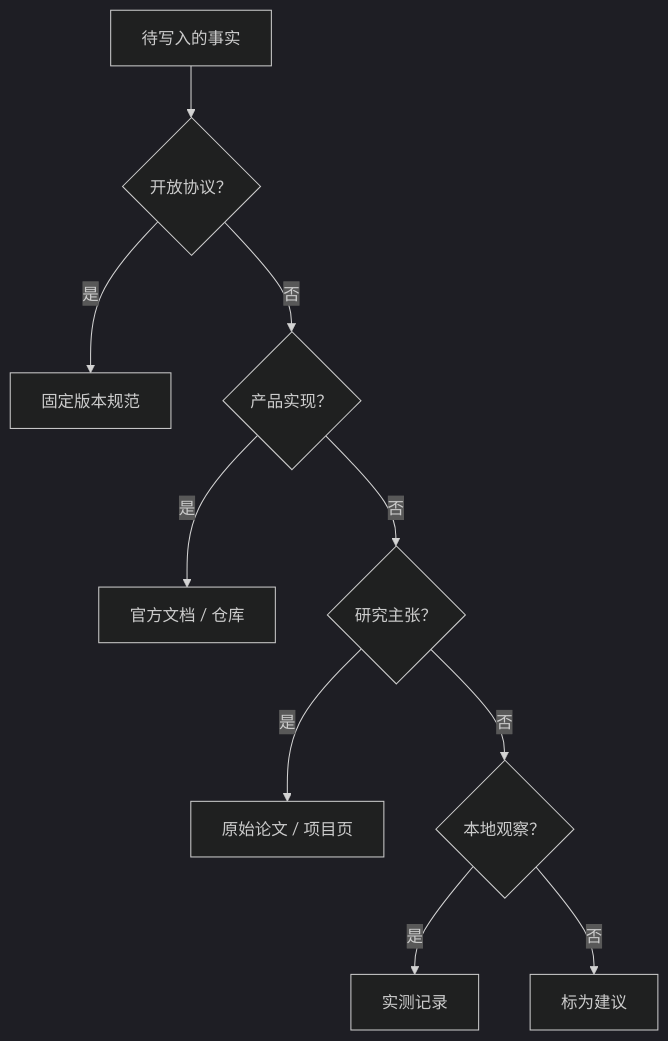
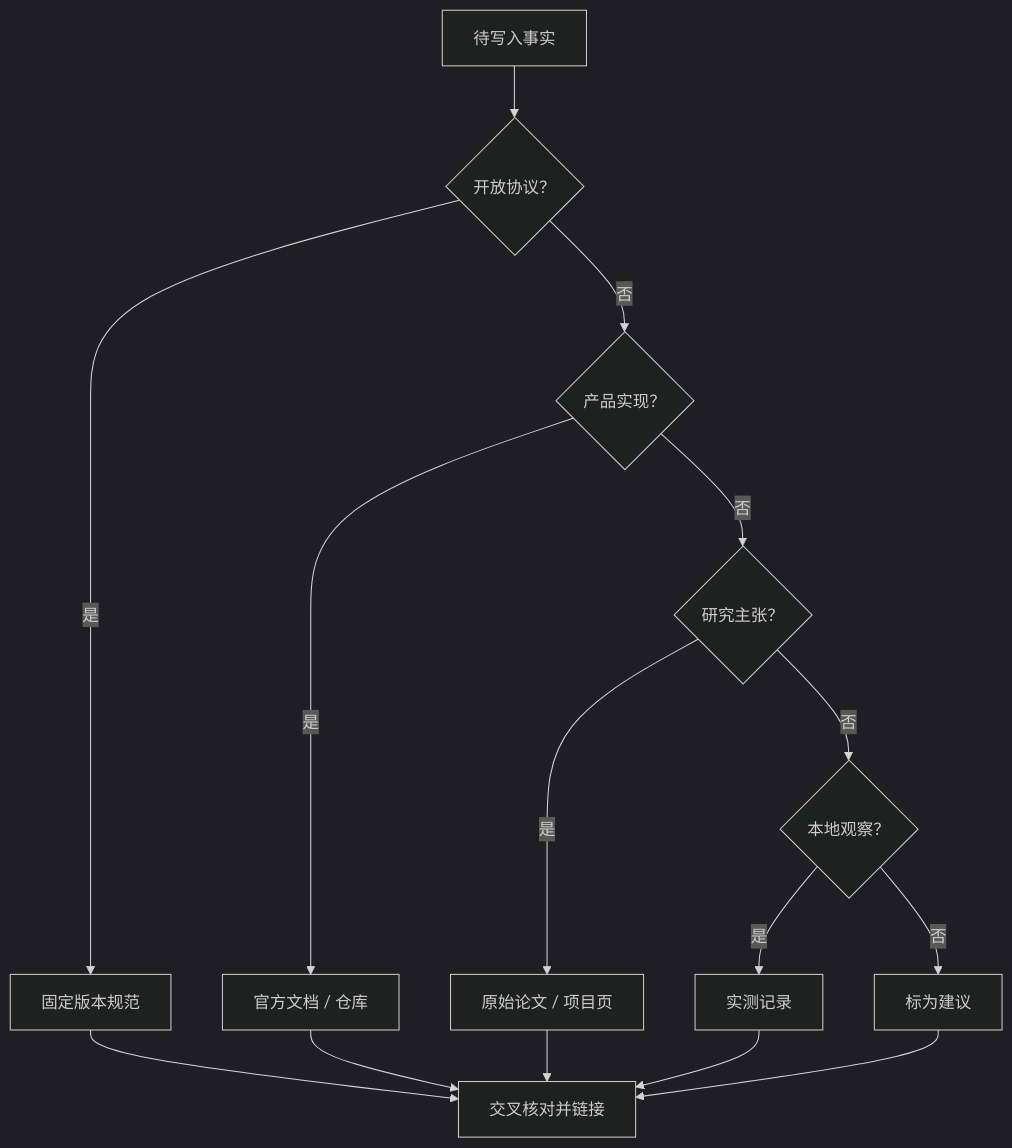
The diagram in docs/24-sources.md (FoLaJJ/agent-systems-notes), drawn with Mermaid (dark theme) before and after one commit. The commit also changed other lines of this file and 13 other files, not shown here.

Commit message:
Refine Mermaid diagram layouts

````diff
--- a/docs/24-sources.md
+++ b/docs/24-sources.md
@@ -33,12 +33,17 @@
 ```mermaid
 flowchart TD
-    C["待写入的事实"] --> Q{"开放协议？"}
+    C["待写入事实"] --> Q{"开放协议？"}
     Q -->|是| V["固定版本规范"]
     Q -->|否| P{"产品实现？"}
     P -->|是| O["官方文档 / 仓库"]
     P -->|否| R{"研究主张？"}
     R -->|是| L["原始论文 / 项目页"]
     R -->|否| T{"本地观察？"}
     T -->|是| E["实测记录"]
     T -->|否| A["标为建议"]
+    V --> X["交叉核对并链接"]
+    O --> X
+    L --> X
+    E --> X
+    A --> X
 ```
````
